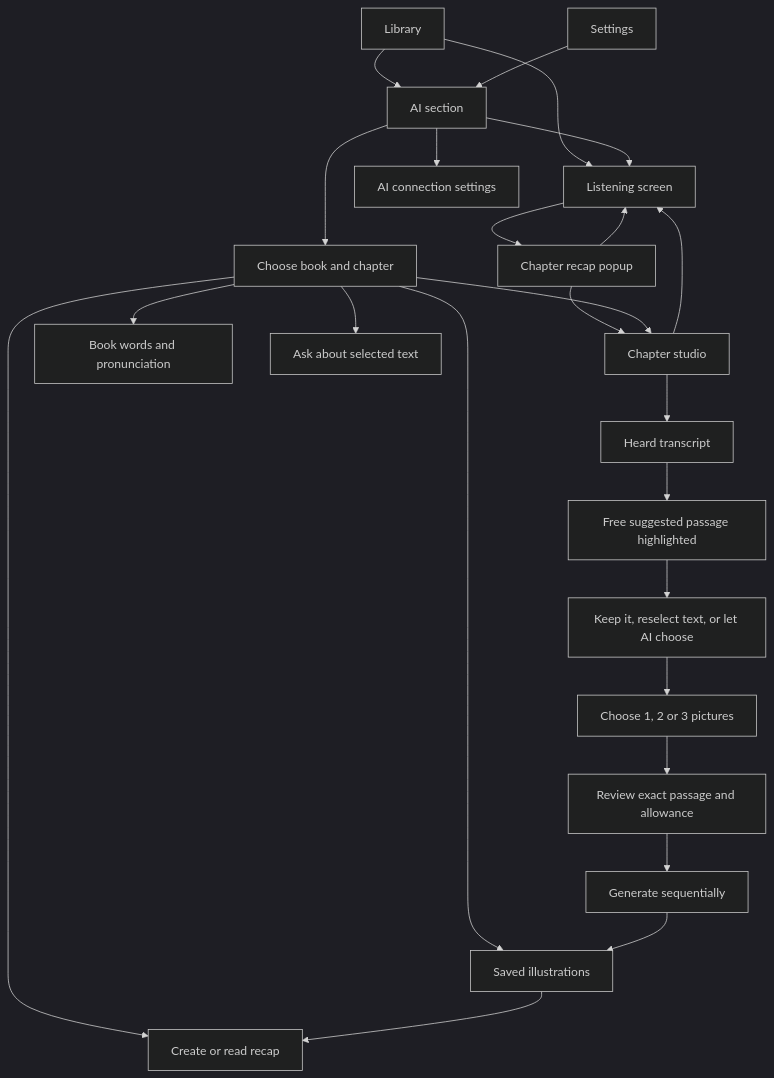
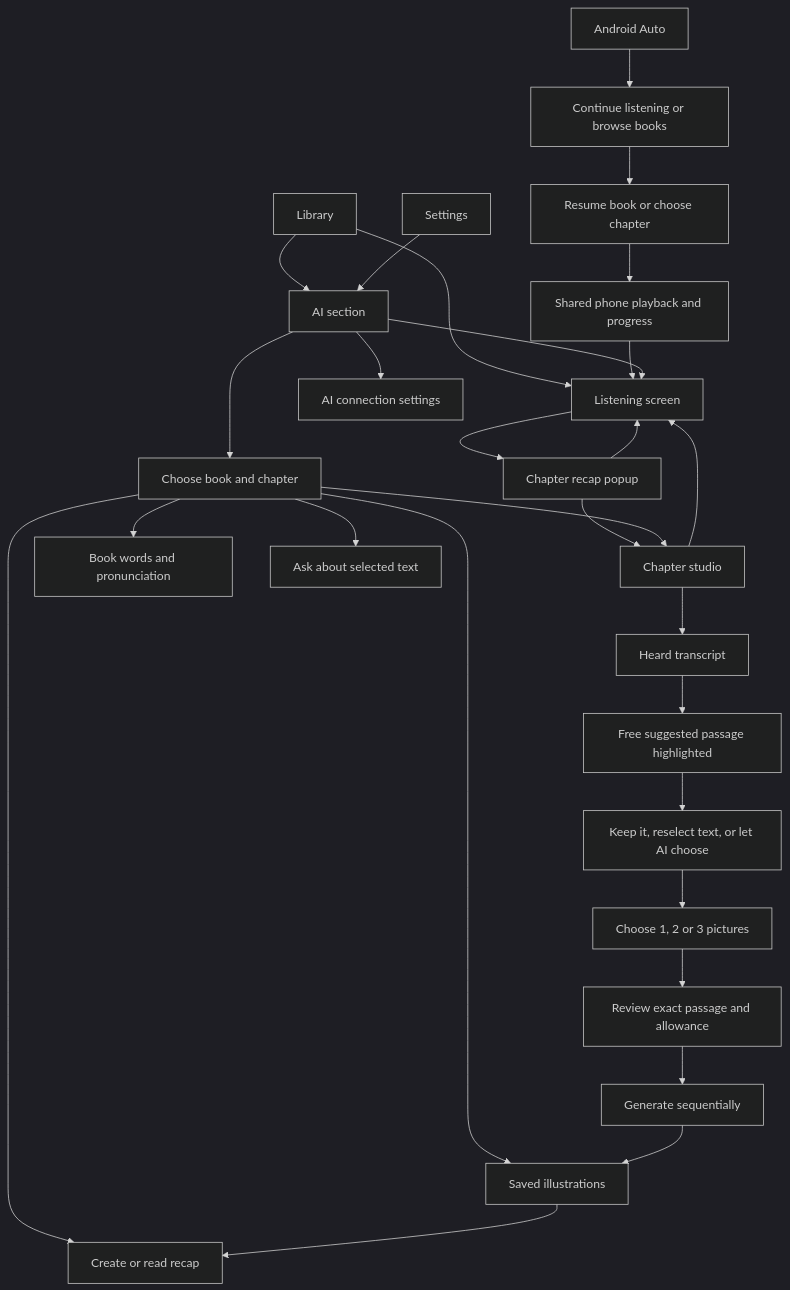
Before and after one commit to AdLgames/morrowaudio: the diagram in docs/ai-user-flow.md, drawn with Mermaid (dark theme). The commit also changed other lines of this file and 10 other files, not shown here.

Commit message:
Add Android Auto media library, chapter resume, cover art and platform browser tests

````diff
--- a/docs/ai-user-flow.md
+++ b/docs/ai-user-flow.md
@@ -5,26 +5,30 @@
 ```mermaid
 flowchart TD
     Library --> Listening[Listening screen]
+    Auto[Android Auto] --> Continue[Continue listening or browse books]
+    Continue --> CarChapter[Resume book or choose chapter]
+    CarChapter --> Shared[Shared phone playback and progress]
+    Shared --> Listening
     Library --> AI[AI section]
     Settings --> AI
     Listening --> Popup[Chapter recap popup]
     Popup --> Studio[Chapter studio]
     Popup --> Listening
     AI --> Book[Choose book and chapter]
     Book --> Recaps[Create or read recap]
     Book --> Studio
     Book --> Saved[Saved illustrations]
     Book --> Words[Book words and pronunciation]
     Book --> Ask[Ask about selected text]
     AI --> Connection[AI connection settings]
     Studio --> Transcript[Heard transcript]
     Transcript --> Suggestion[Free suggested passage highlighted]
     Suggestion --> Choice[Keep it, reselect text, or let AI choose]
     Choice --> Count[Choose 1, 2 or 3 pictures]
     Count --> Review[Review exact passage and allowance]
     Review --> Generate[Generate sequentially]
     Generate --> Saved
     Saved --> Recaps
     Studio --> Listening
     AI --> Listening
 ```
````
